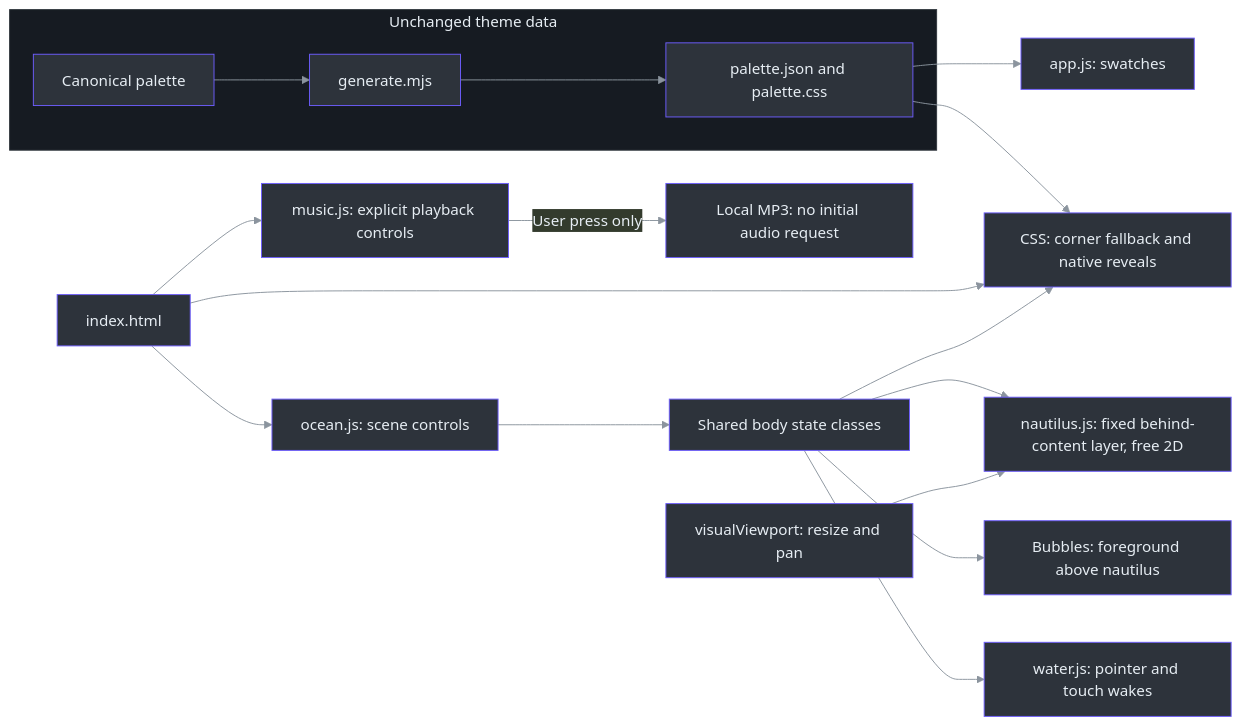
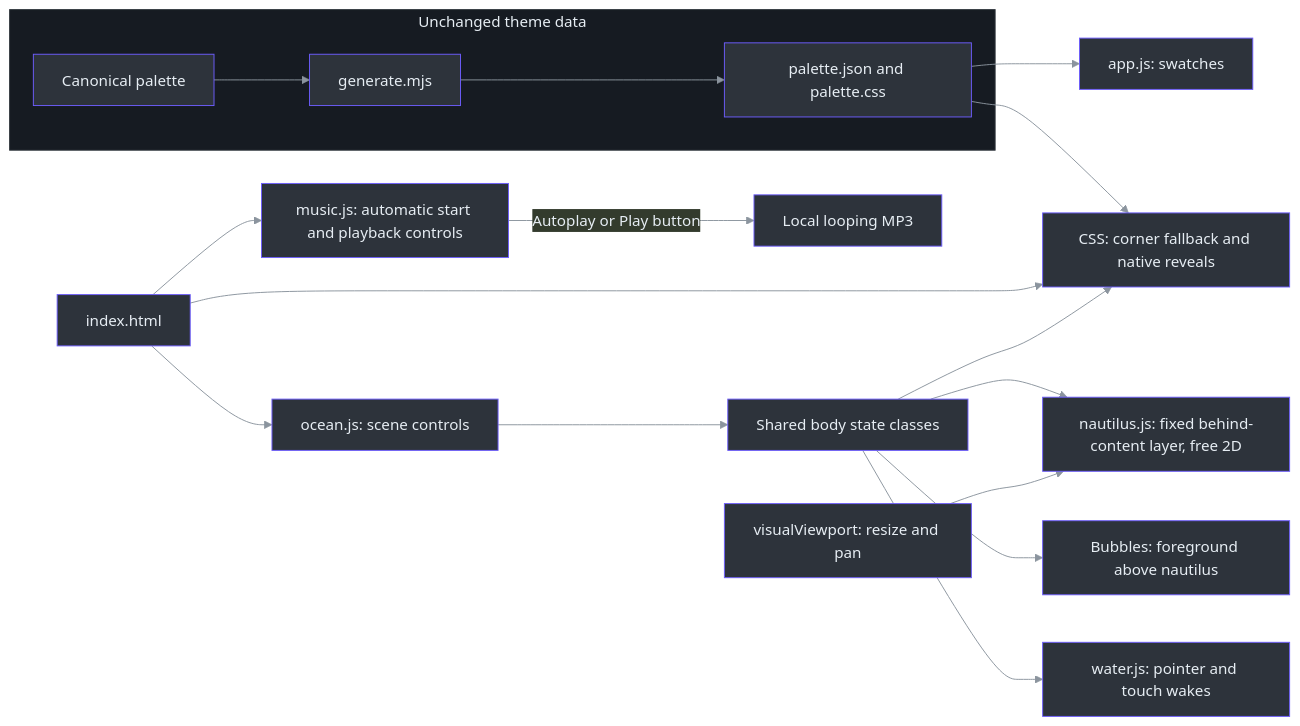
The first of 2 diagrams in docs/SHOWCASE.md (Zanark/DeepSeaFoam), drawn with Mermaid before and after one commit. The commit also changed other lines of this file and 9 other files, not shown here.

First line of the commit message:
Start website music automatically when permitted

````diff
--- a/docs/SHOWCASE.md
+++ b/docs/SHOWCASE.md
@@ -25,36 +25,36 @@
 ```mermaid
 ---
 config:
   theme: base
   themeVariables:
     background: "#161b22"
     primaryColor: "#2d333b"
     primaryBorderColor: "#6d5dfc"
     primaryTextColor: "#e6edf3"
     lineColor: "#8b949e"
     clusterBkg: "#161b22"
     clusterBorder: "#30363d"
 ---
 flowchart LR
   accTitle: Showcase architecture and palette boundary
-  accDescr: Generated palette assets feed swatches and CSS. Ocean state coordinates the behind-content nautilus, bubbles and water. A separate explicit music press loads a local MP3. CSS and a direct audio link provide no-JavaScript fallbacks.
+  accDescr: Generated palette assets feed swatches and CSS. Ocean state coordinates the behind-content nautilus, bubbles and water. Music attempts automatic playback, with a Play button if blocked. CSS and a direct audio link provide no-JavaScript fallbacks.
   subgraph Data["Unchanged theme data"]
     P["Canonical palette"] --> G["generate.mjs"]
     G --> A["palette.json and palette.css"]
   end
   A --> S["app.js: swatches"]
   A --> C["CSS: corner fallback and native reveals"]
   H["index.html"] --> C
   H --> O["ocean.js: scene controls"]
   O --> B["Shared body state classes"]
   B --> C
   B --> N["nautilus.js: fixed behind-content layer, free 2D"]
   V["visualViewport: resize and pan"] --> N
   B --> K["Bubbles: foreground above nautilus"]
   B --> W["water.js: pointer and touch wakes"]
-  H --> M["music.js: explicit playback controls"]
-  M -->|User press only| T["Local MP3: no initial audio request"]
+  H --> M["music.js: automatic start and playback controls"]
+  M -->|Autoplay or Play button| T["Local looping MP3"]
   classDef default fill:#2d333b,stroke:#6d5dfc,color:#e6edf3
   style Data fill:#161b22,stroke:#30363d,color:#e6edf3
   linkStyle default stroke:#8b949e
 ```
````
